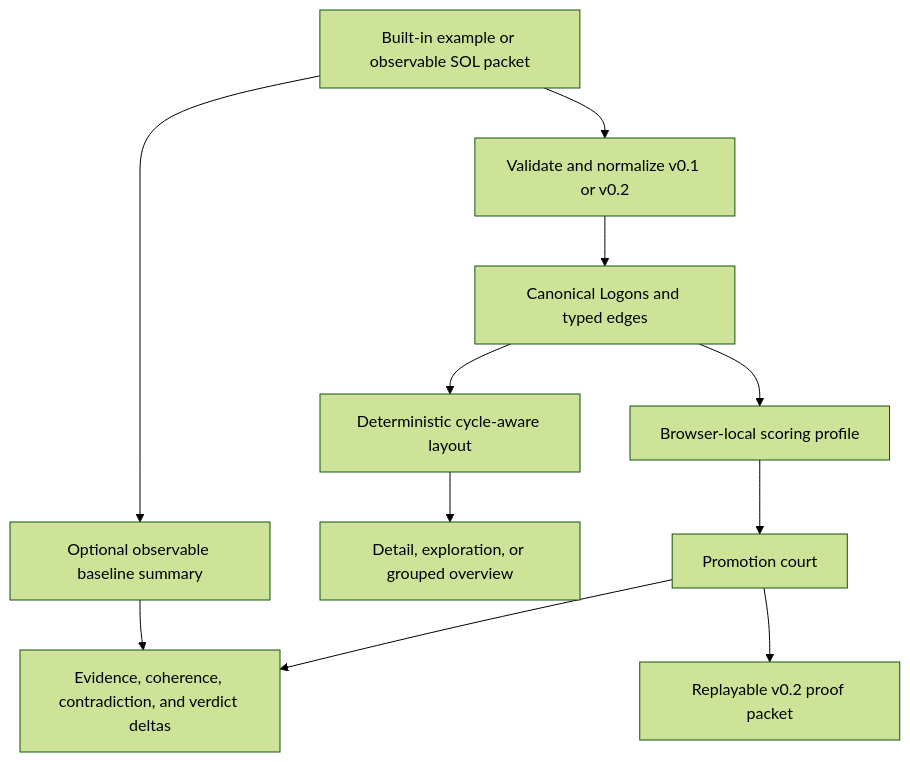
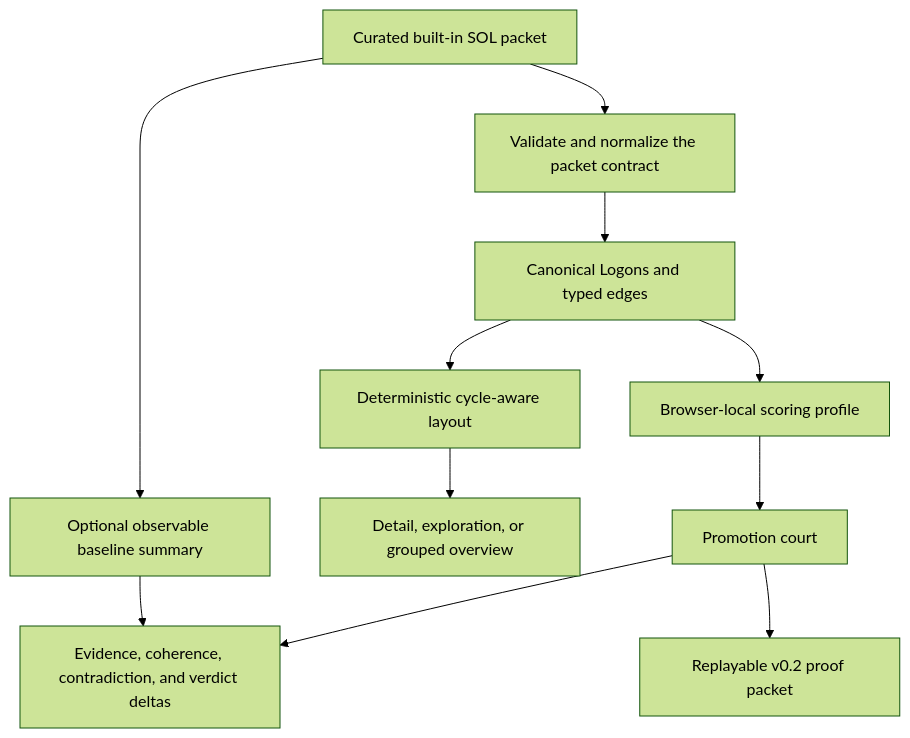
Before and after one commit to TechmanStudios/sol-lens: the diagram in README.md, drawn with Mermaid (forest theme). The commit also changed other lines of this file and 10 other files, not shown here.

Commit message:
Focus demo on curated SOL examples

````diff
--- a/README.md
+++ b/README.md
@@ -93,13 +95,13 @@
 ```mermaid
 flowchart TD
-  A[Built-in example or observable SOL packet] --> B[Validate and normalize v0.1 or v0.2]
+  A[Curated built-in SOL packet] --> B[Validate and normalize the packet contract]
   A --> J[Optional observable baseline summary]
   B --> C[Canonical Logons and typed edges]
   C --> D[Deterministic cycle-aware layout]
   C --> E[Browser-local scoring profile]
   D --> F[Detail, exploration, or grouped overview]
   E --> G[Promotion court]
   J --> K[Evidence, coherence, contradiction, and verdict deltas]
   G --> K
   G --> H[Replayable v0.2 proof packet]
 ```
````
